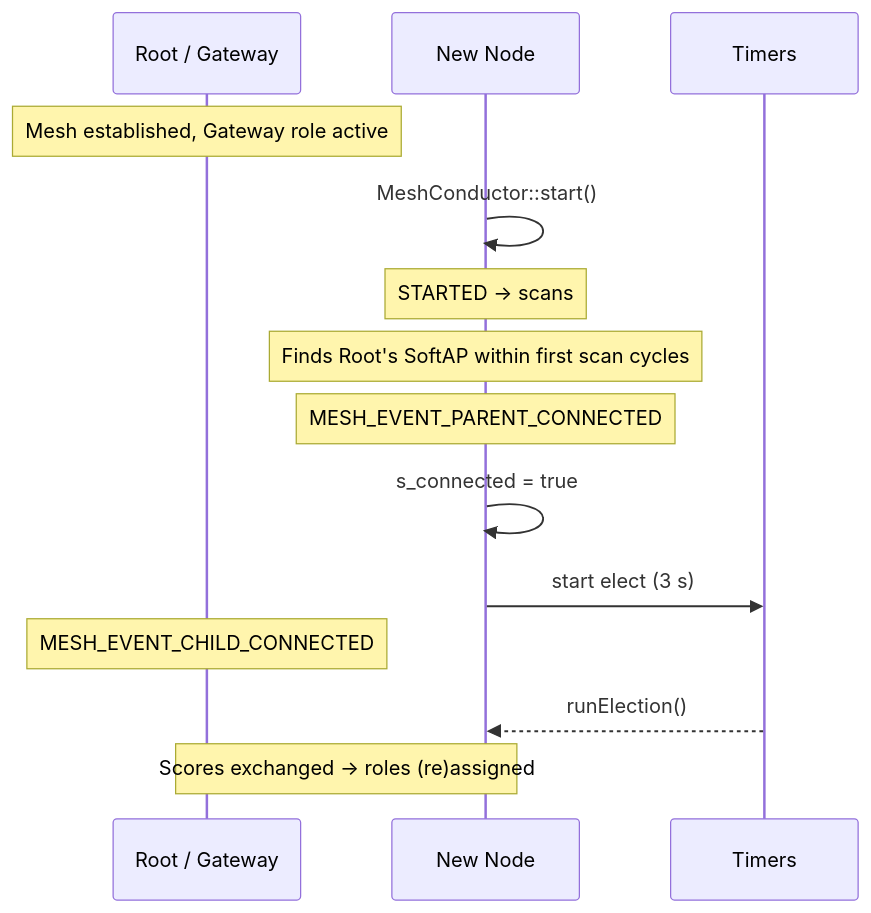
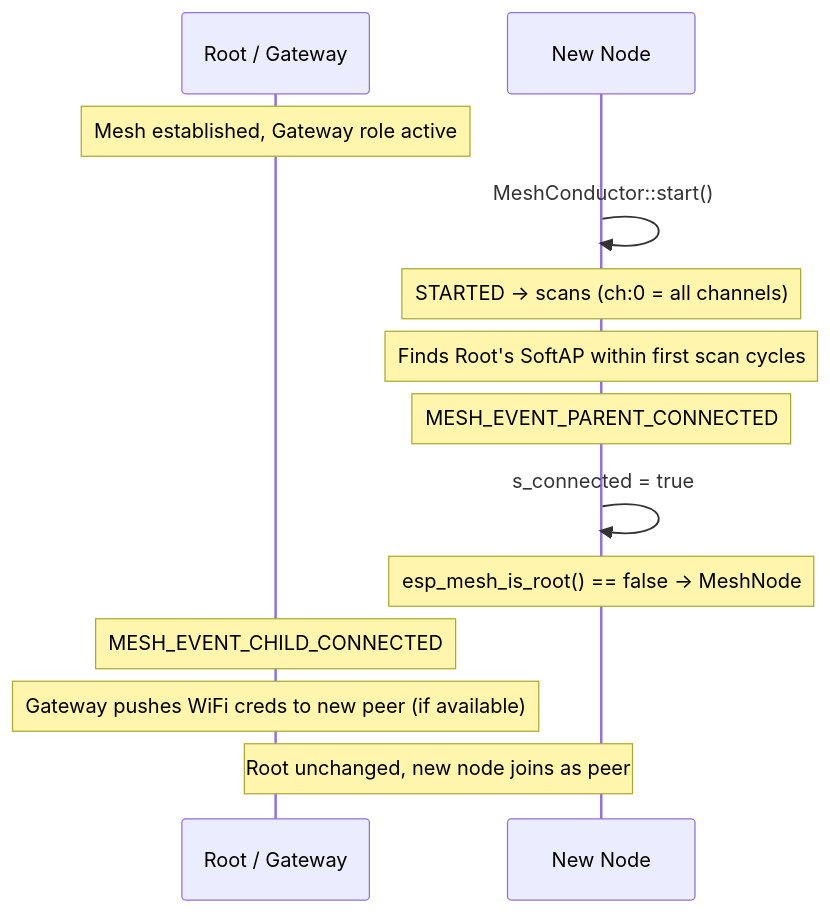
Before and after one commit to jlarnal/Squeek: the third of 5 diagrams in FSD.md, drawn with Mermaid. The commit also changed other lines of this file and 28 other files, not shown here.

````diff
--- a/FSD.md
+++ b/FSD.md
@@ -536,17 +557,16 @@
 ```mermaid
 sequenceDiagram
     participant R as Root / Gateway
     participant N as New Node
-    participant T as Timers
 
     Note over R: Mesh established, Gateway role active
     N->>N: MeshConductor::start()
-    Note over N: STARTED → scans
+    Note over N: STARTED → scans (ch:0 = all channels)
     Note over N: Finds Root's SoftAP within first scan cycles
     Note over N: MESH_EVENT_PARENT_CONNECTED
     N->>N: s_connected = true
-    N->>T: start elect (3 s)
+    Note over N: esp_mesh_is_root() == false → MeshNode
     Note over R: MESH_EVENT_CHILD_CONNECTED
-    T-->>N: runElection()
-    Note over R,N: Scores exchanged → roles (re)assigned
+    Note over R: Gateway pushes WiFi creds to new peer (if available)
+    Note over R,N: Root unchanged, new node joins as peer
 ```
````
